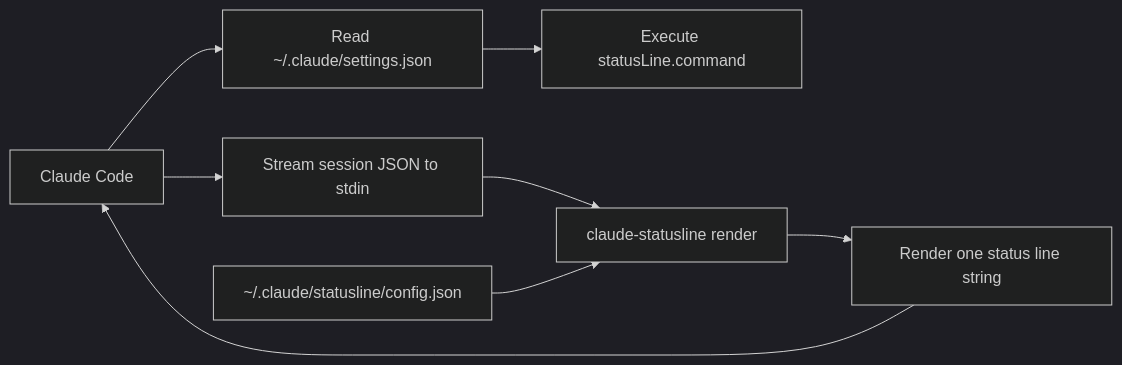
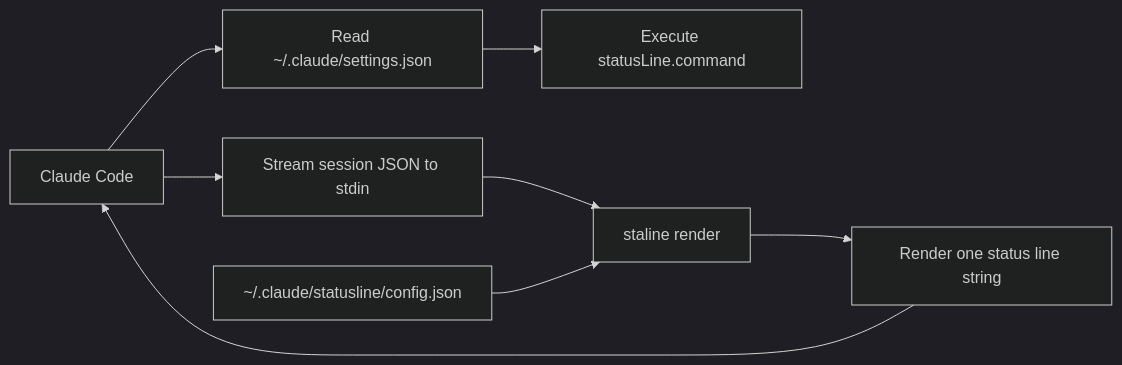
One commit to yang1996202-cpu/claude-statusline changed the second of 2 diagrams in docs/ARCHITECTURE.md. Above: the diagram before and after it, drawn with Mermaid (dark theme). The commit also changed other lines of this file and 5 other files, not shown here.

````diff
--- a/docs/ARCHITECTURE.md
+++ b/docs/ARCHITECTURE.md
@@ -30,10 +30,10 @@
 ```mermaid
 flowchart LR
 	A[Claude Code] --> S[Read ~/.claude/settings.json]
 	S --> X[Execute statusLine.command]
 	A --> J[Stream session JSON to stdin]
-	J --> R[claude-statusline render]
+	J --> R[staline render]
 	C[~/.claude/statusline/config.json] --> R
 	R --> O[Render one status line string]
 	O --> A
 ```
````
